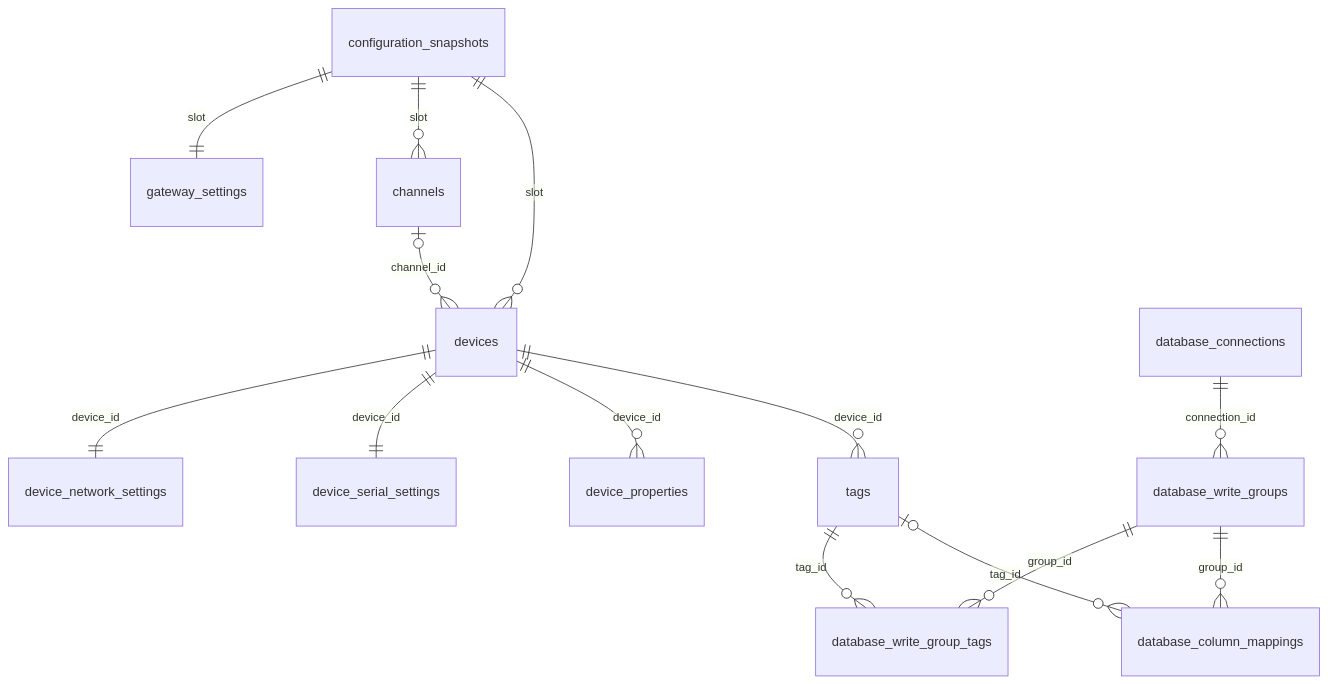
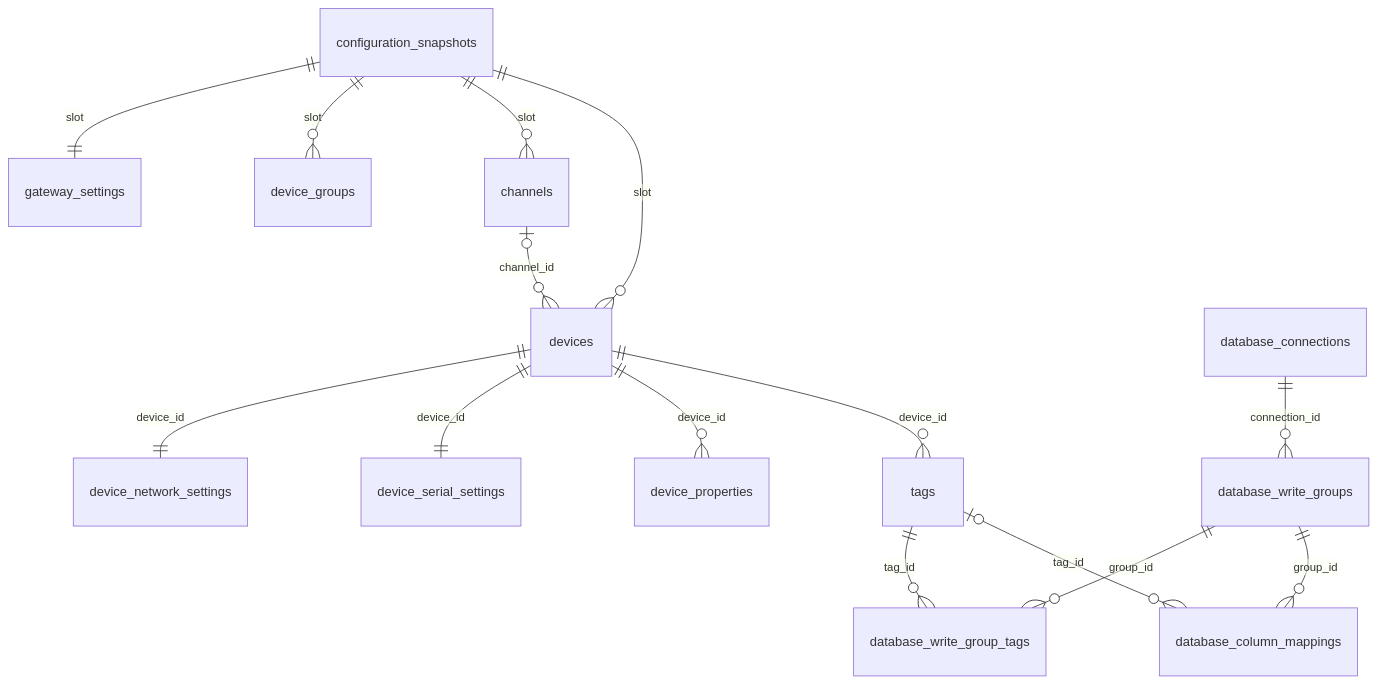
One commit to kingtentx/edge-gateway changed the diagram in docs/sqlite-configuration-schema.md. Above: the diagram before and after it, drawn with Mermaid. The commit also changed other lines of this file and 31 other files, not shown here.

Commit message:
Add persistent device groups and independent channel management [skip ci]

````diff
--- a/docs/sqlite-configuration-schema.md
+++ b/docs/sqlite-configuration-schema.md
@@ -39,16 +40,17 @@
 ```mermaid
 erDiagram
     configuration_snapshots ||--|| gateway_settings : slot
+    configuration_snapshots ||--o{ device_groups : slot
     configuration_snapshots ||--o{ channels : slot
     configuration_snapshots ||--o{ devices : slot
     channels o|--o{ devices : channel_id
     devices ||--|| device_network_settings : device_id
     devices ||--|| device_serial_settings : device_id
     devices ||--o{ device_properties : device_id
     devices ||--o{ tags : device_id
     database_connections ||--o{ database_write_groups : connection_id
     database_write_groups ||--o{ database_write_group_tags : group_id
     database_write_groups ||--o{ database_column_mappings : group_id
     tags ||--o{ database_write_group_tags : tag_id
     tags o|--o{ database_column_mappings : tag_id
 ```
````
